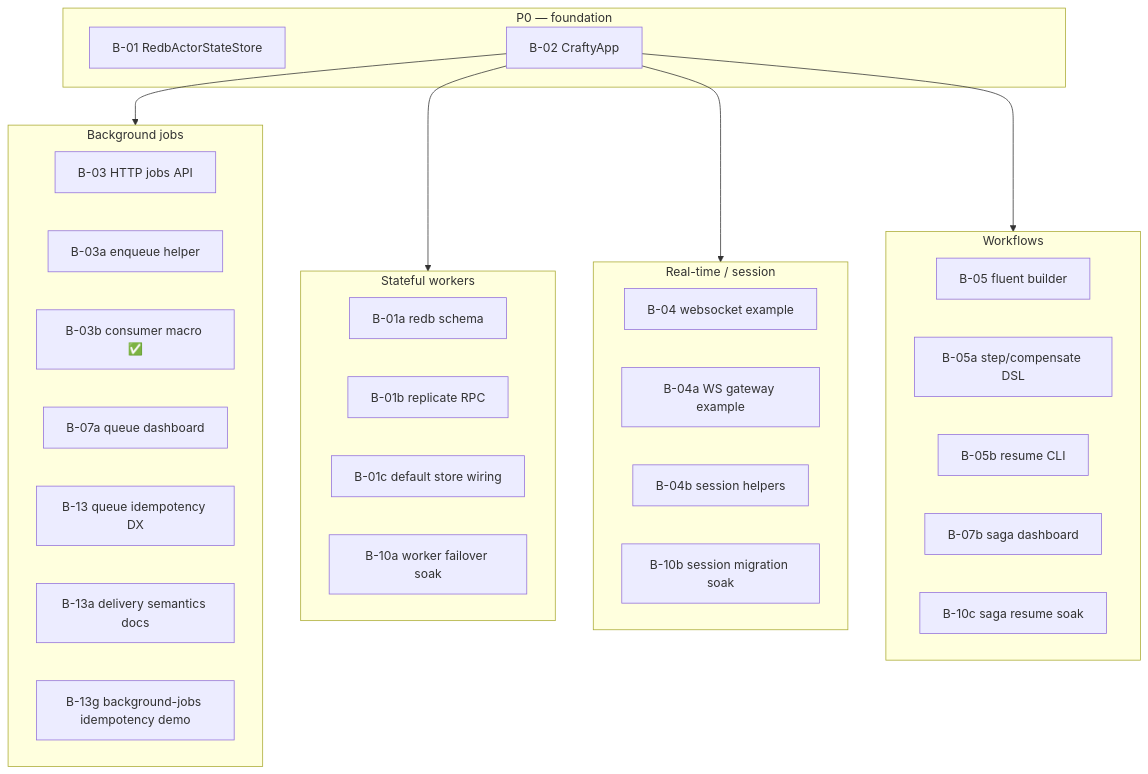
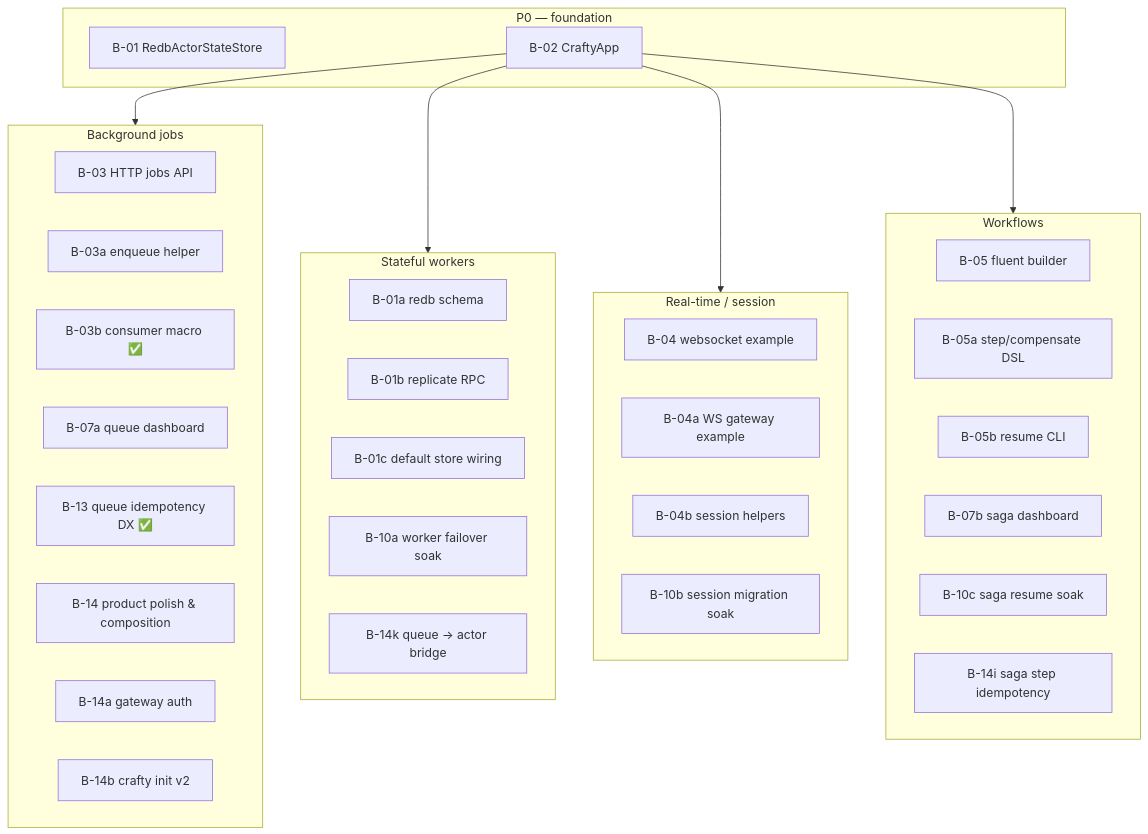
Before and after one commit to lemarco/craft: the diagram in docs/backlog.md, drawn with Mermaid. The commit also changed other lines of this file and 31 other files, not shown here.

````diff
--- a/docs/backlog.md
+++ b/docs/backlog.md
@@ -53,45 +53,49 @@
 ```mermaid
 flowchart TB
     subgraph P0["P0 — foundation"]
         B01[B-01 RedbActorStateStore]
         B02[B-02 CraftyApp]
     end
 
     subgraph Jobs["Background jobs"]
         B03[B-03 HTTP jobs API]
         B03a[B-03a enqueue helper]
         B03b[B-03b consumer macro ✅]
         B07a[B-07a queue dashboard]
-        B13[B-13 queue idempotency DX]
-        B13a[B-13a delivery semantics docs]
-        B13g[B-13g background-jobs idempotency demo]
+        B13[B-13 queue idempotency DX ✅]
+        B14[B-14 product polish & composition]
+        B14a[B-14a gateway auth]
+        B14b[B-14b crafty init v2]
     end
 
     subgraph Workers["Stateful workers"]
         B01
         B01a[B-01a redb schema]
         B01b[B-01b replicate RPC]
         B01c[B-01c default store wiring]
         B10a[B-10a worker failover soak]
+        B14k[B-14k queue → actor bridge]
     end
 
     subgraph Sessions["Real-time / session"]
         B04[B-04 websocket example]
         B04a[B-04a WS gateway example]
         B04b[B-04b session helpers]
         B10b[B-10b session migration soak]
+        B14a
     end
 
     subgraph Workflows["Workflows"]
         B05[B-05 fluent builder]
         B05a[B-05a step/compensate DSL]
         B05b[B-05b resume CLI]
         B07b[B-07b saga dashboard]
         B10c[B-10c saga resume soak]
+        B14i[B-14i saga step idempotency]
     end
 
     B02 --> Jobs
     B02 --> Workers
     B02 --> Sessions
     B02 --> Workflows
 ```
````
